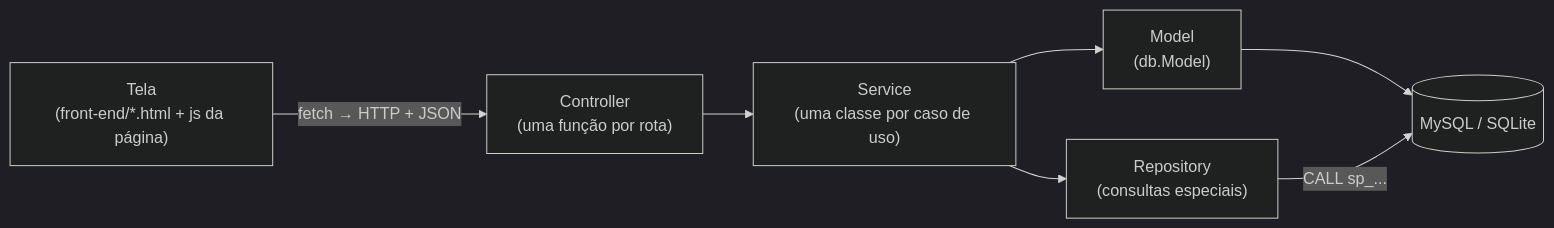
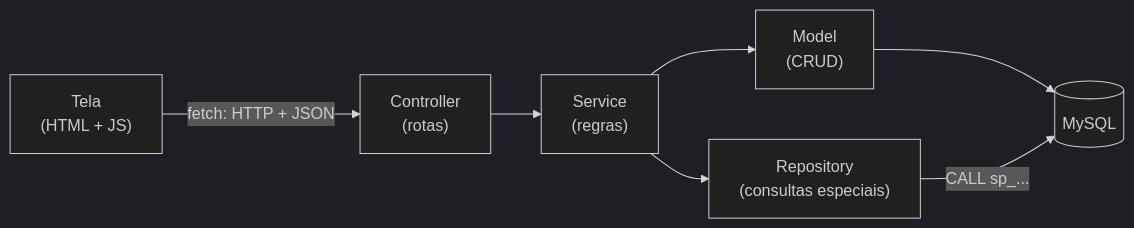
The diagram in README.md (davimoraes678/Projeto-Cantina), drawn with Mermaid (dark theme) before and after one commit. The commit also changed other lines of this file and 12 other files, not shown here.

````diff
--- a/README.md
+++ b/README.md
@@ -83,9 +51,9 @@
 ```mermaid
 flowchart LR
-    T["Tela<br/>(front-end/*.html + js da página)"] -->|"fetch → HTTP + JSON"| C["Controller<br/>(uma função por rota)"]
-    C --> S["Service<br/>(uma classe por caso de uso)"]
-    S --> M["Model<br/>(db.Model)"]
+    T["Tela<br/>(HTML + JS)"] -->|"fetch: HTTP + JSON"| C["Controller<br/>(rotas)"]
+    C --> S["Service<br/>(regras)"]
+    S --> M["Model<br/>(CRUD)"]
     S --> R["Repository<br/>(consultas especiais)"]
-    M --> DB[("MySQL / SQLite")]
+    M --> DB[("MySQL")]
     R -->|"CALL sp_..."| DB
 ```
````
